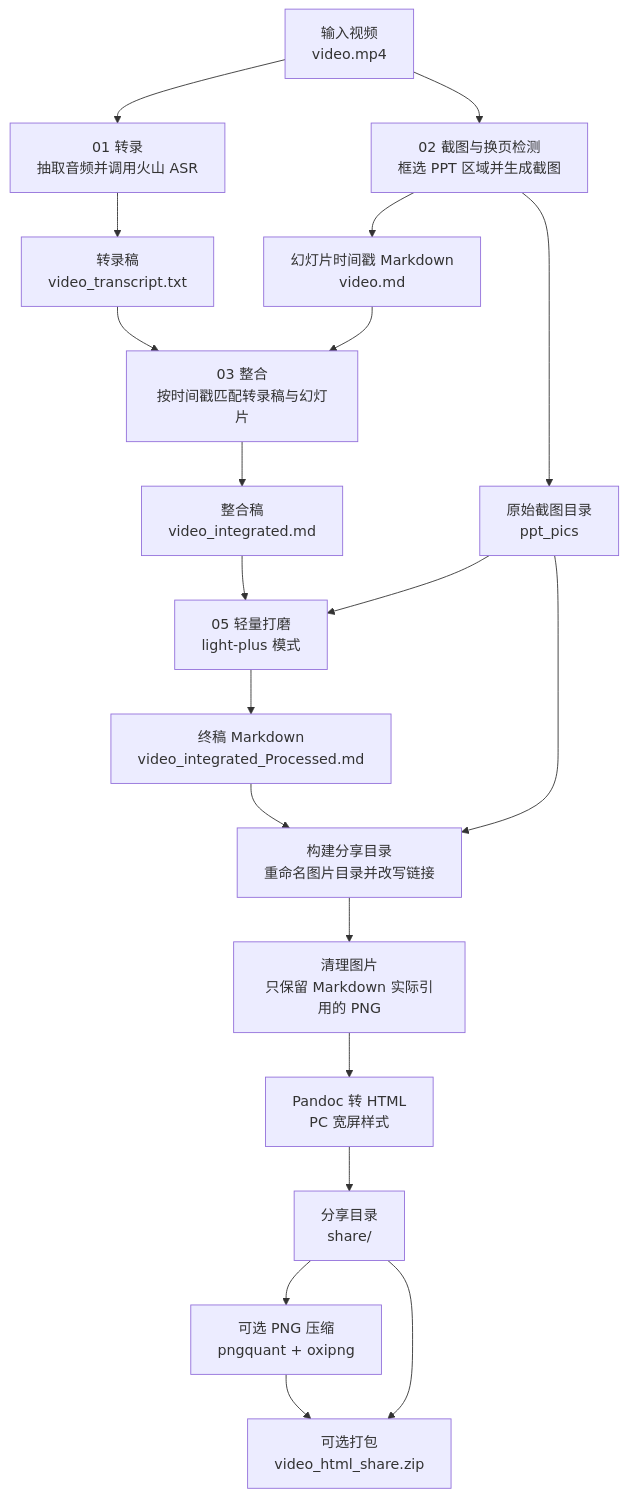
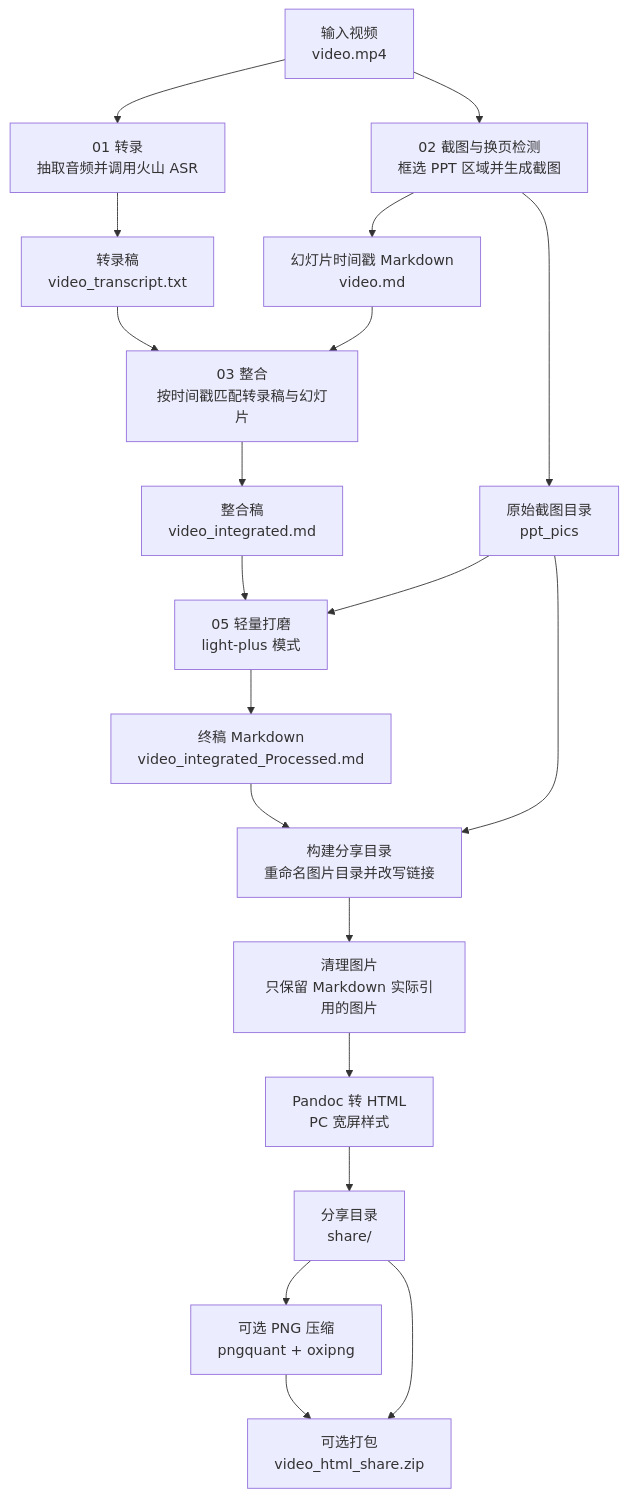
Before and after one commit to chenzixin1/session-notes-maker: the diagram in README.md, drawn with Mermaid. The commit also changed other lines of this file and 4 other files, not shown here.

````diff
--- a/README.md
+++ b/README.md
@@ -21,27 +21,27 @@
 ```mermaid
 flowchart TD
     inputVideo["输入视频<br/>video.mp4"] --> transcribe["01 转录<br/>抽取音频并调用火山 ASR"]
     transcribe --> transcript["转录稿<br/>video_transcript.txt"]
 
     inputVideo --> slideDetect["02 截图与换页检测<br/>框选 PPT 区域并生成截图"]
     slideDetect --> slideMd["幻灯片时间戳 Markdown<br/>video.md"]
     slideDetect --> slideImages["原始截图目录<br/>ppt_pics"]
 
     transcript --> integrate["03 整合<br/>按时间戳匹配转录稿与幻灯片"]
     slideMd --> integrate
     integrate --> integratedMd["整合稿<br/>video_integrated.md"]
 
     integratedMd --> polish["05 轻量打磨<br/>light-plus 模式"]
     slideImages --> polish
     polish --> processedMd["终稿 Markdown<br/>video_integrated_Processed.md"]
 
     processedMd --> shareBuild["构建分享目录<br/>重命名图片目录并改写链接"]
     slideImages --> shareBuild
-    shareBuild --> cleanup["清理图片<br/>只保留 Markdown 实际引用的 PNG"]
+    shareBuild --> cleanup["清理图片<br/>只保留 Markdown 实际引用的图片"]
     cleanup --> htmlBuild["Pandoc 转 HTML<br/>PC 宽屏样式"]
     htmlBuild --> shareFolder["分享目录<br/>share/"]
 
     shareFolder --> optionalCompress["可选 PNG 压缩<br/>pngquant + oxipng"]
     optionalCompress --> zipPackage["可选打包<br/>video_html_share.zip"]
     shareFolder --> zipPackage
 ```
````
